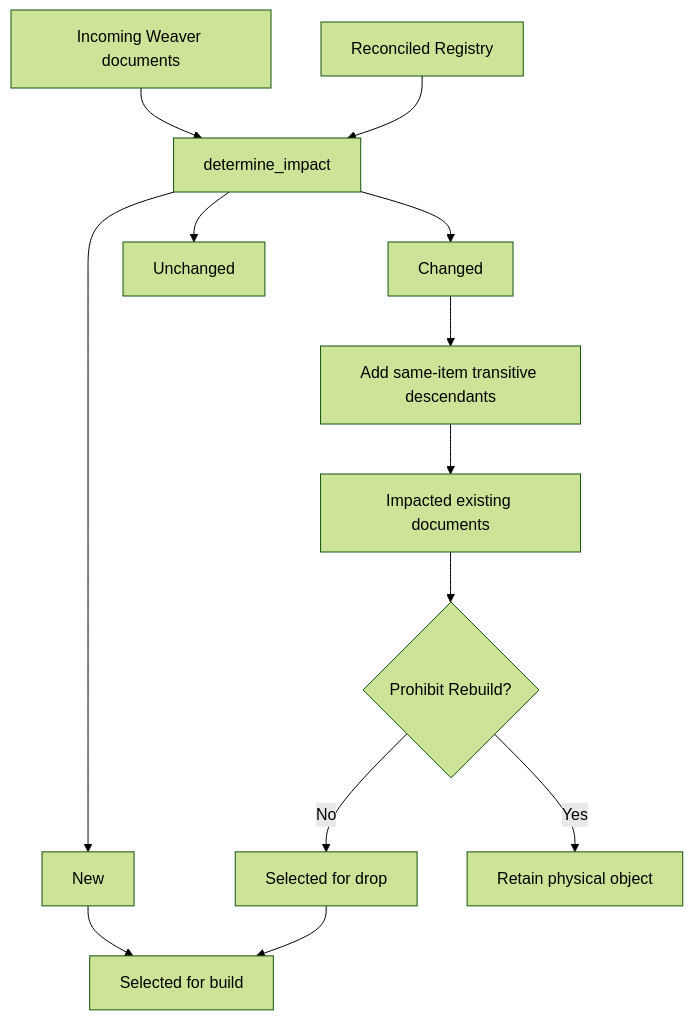
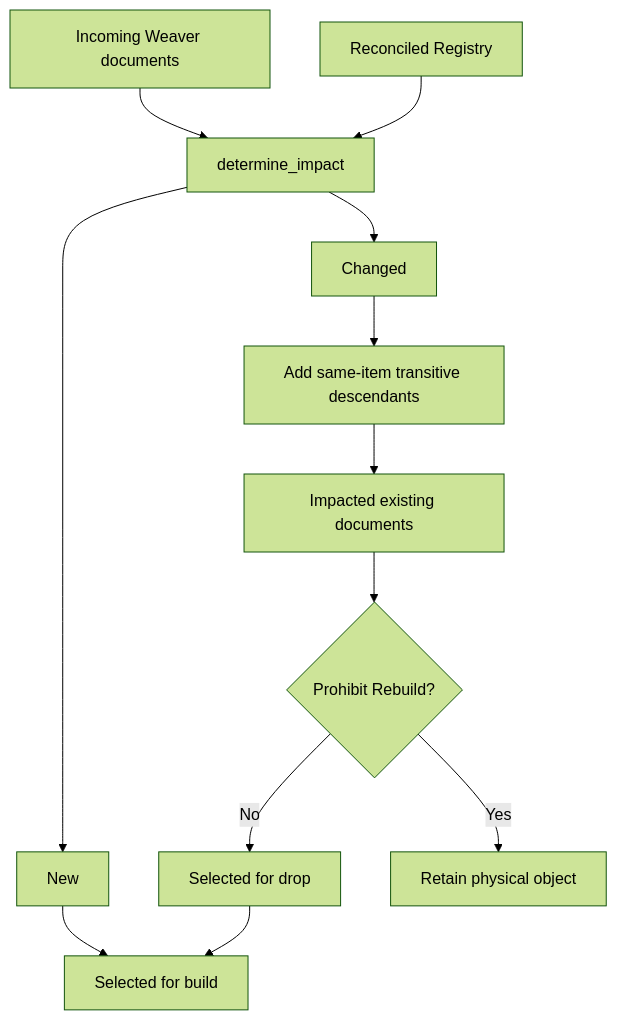
The second of 5 diagrams in docs/how-does-build-work.md (matthias-wong-dev/weaverstack), drawn with Mermaid (forest theme) before and after one commit. The commit also changed other lines of this file and 34 other files, not shown here.

Commit message:
Address incremental build architecture review

````diff
--- a/docs/how-does-build-work.md
+++ b/docs/how-does-build-work.md
@@ -169,22 +169,20 @@
 ```mermaid
 flowchart TD
     R["Incoming Weaver documents"]
     C["Reconciled Registry"]
 
     R --> I["determine_impact"]
     C --> I
 
     I --> N["New"]
     I --> H["Changed"]
-    I --> U["Unchanged"]
-
     H --> D["Add same-item transitive descendants"]
     D --> A["Impacted existing documents"]
 
     A --> P{"Prohibit Rebuild?"}
     P -->|No| DROP["Selected for drop"]
     P -->|Yes| KEEP["Retain physical object"]
 
     N --> BUILD["Selected for build"]
     DROP --> BUILD
 ```
````
